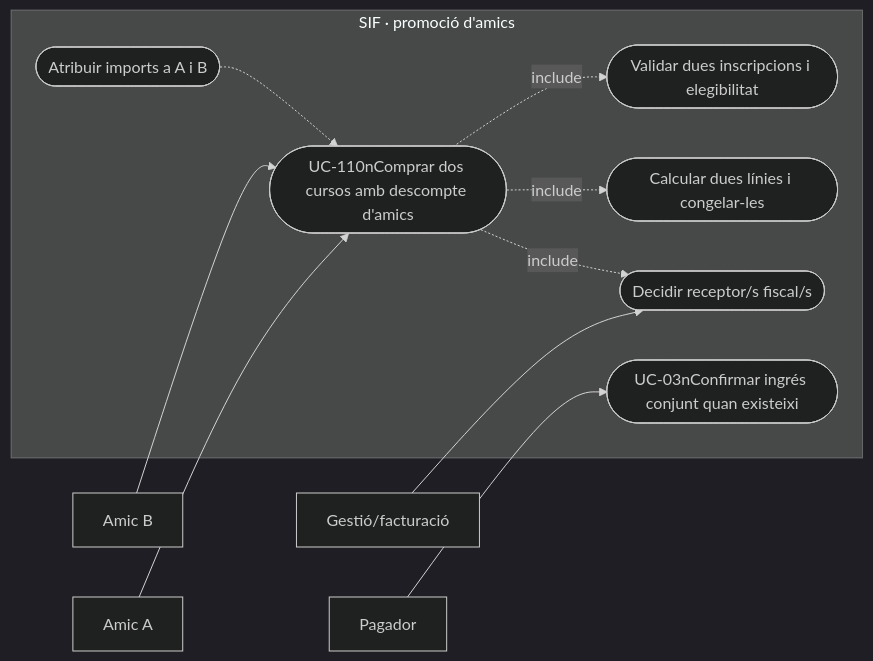
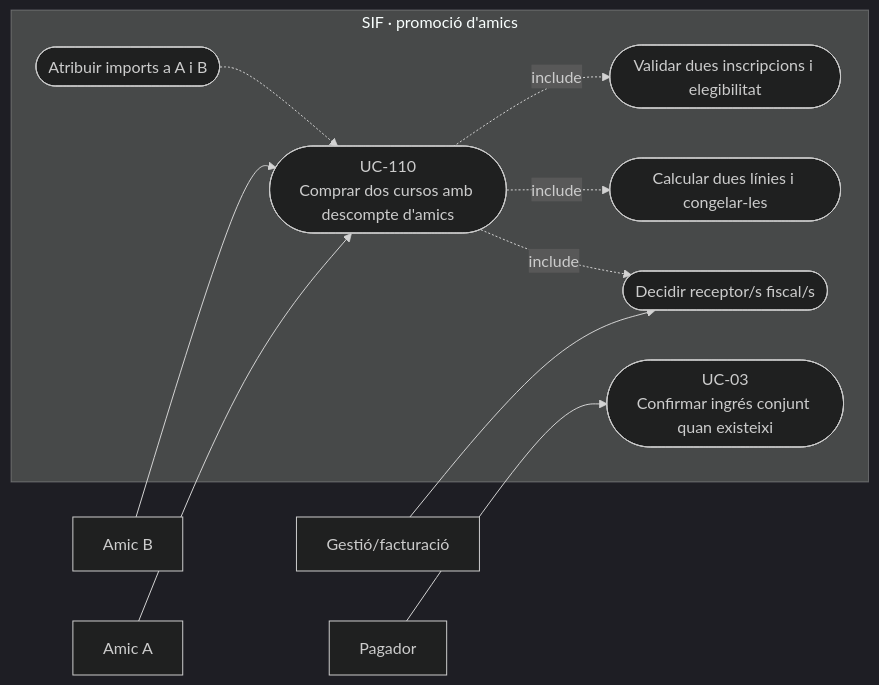
Before and after one commit to orgmeriemprismacat-del/verifactu: the second of 4 diagrams in documentacio/07-uml-integrat/uc-110-descompte-amics-dues-inscripcions.md, drawn with Mermaid (dark theme).

Commit message:
docs(uml): corregir salts Mermaid UC-110

````diff
--- a/documentacio/07-uml-integrat/uc-110-descompte-amics-dues-inscripcions.md
+++ b/documentacio/07-uml-integrat/uc-110-descompte-amics-dues-inscripcions.md
@@ -92,23 +92,23 @@
 ```mermaid
 flowchart LR
   a_0["Amic A"]
   a_1["Amic B"]
   a_2["Pagador"]
   a_3["Gestió/facturació"]
   subgraph SIF_BOUNDARY["SIF · promoció d'amics"]
-    u_0(["UC-110nComprar dos cursos amb descompte d'amics"])
+    u_0(["UC-110<br/>Comprar dos cursos amb descompte d'amics"])
     u_1(["Validar dues inscripcions i elegibilitat"])
     u_2(["Calcular dues línies i congelar-les"])
     u_3(["Decidir receptor/s fiscal/s"])
-    u_4(["UC-03nConfirmar ingrés conjunt quan existeixi"])
+    u_4(["UC-03<br/>Confirmar ingrés conjunt quan existeixi"])
     u_5(["Atribuir imports a A i B"])
   end
   a_0 --> u_0
   a_1 --> u_0
   a_2 --> u_4
   a_3 --> u_3
   u_0 -.->|include| u_1
   u_0 -.->|include| u_2
   u_0 -.->|include| u_3
   u_5 -.-> u_0
 ```
````
